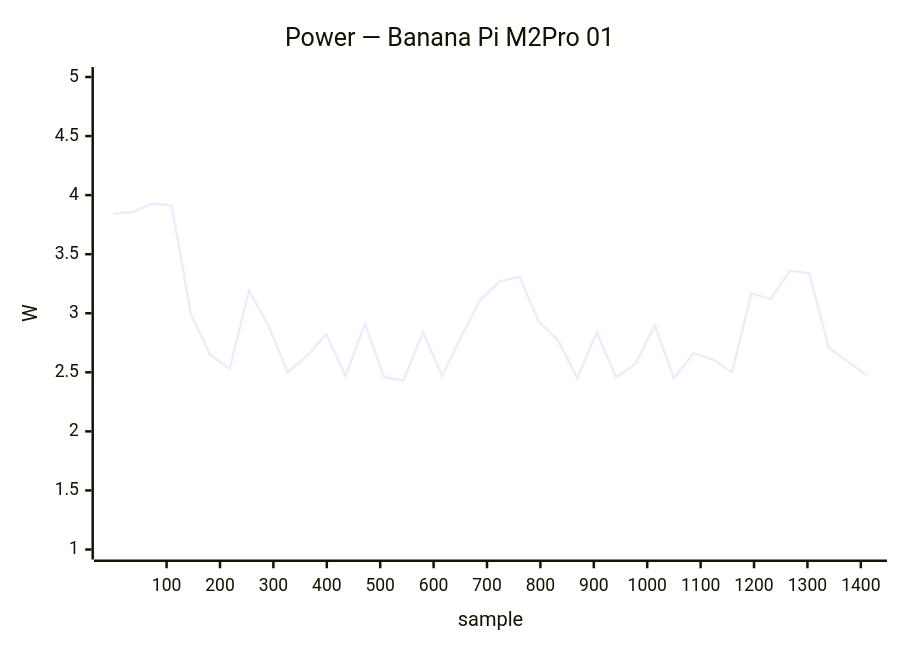
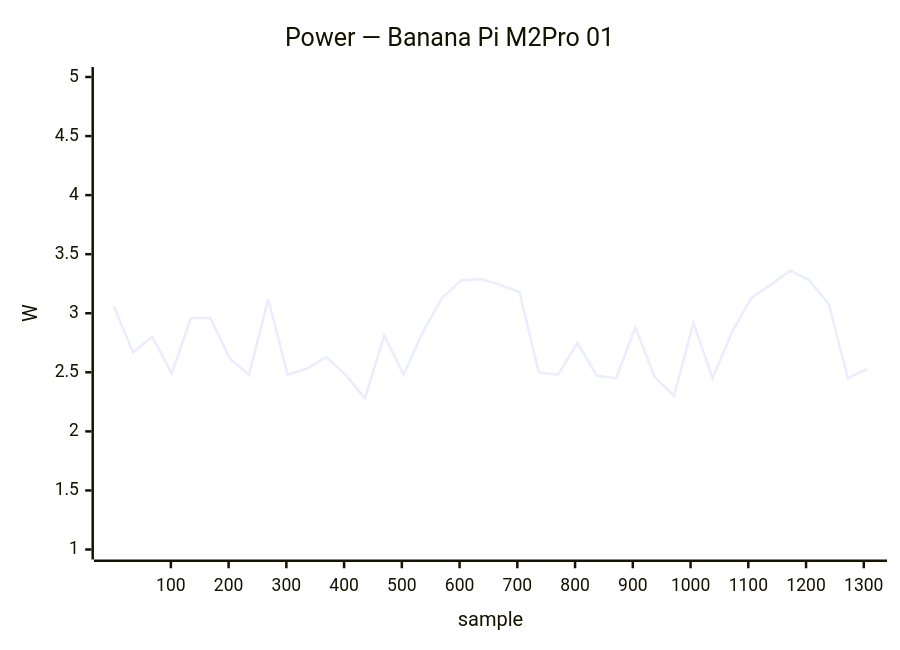
The ninth of 34 diagrams in docs/status/board-tests.md (armbian/documentation), drawn with Mermaid before and after one commit. The commit also changed other lines of this file, not shown here.

````diff
--- a/docs/status/board-tests.md
+++ b/docs/status/board-tests.md
@@ -1021,7 +402,7 @@
 ```mermaid
 xychart-beta
     title "Power — Banana Pi M2Pro 01"
-    x-axis "sample" 1 --> 1412
+    x-axis "sample" 1 --> 1306
     y-axis "W" 1.0 --> 5.0
-    line [3.84, 3.86, 3.93, 3.91, 2.99, 2.65, 2.53, 3.19, 2.90, 2.50, 2.64, 2.82, 2.47, 2.91, 2.46, 2.43, 2.84, 2.47, 2.81, 3.12, 3.27, 3.31, 2.93, 2.77, 2.45, 2.84, 2.46, 2.57, 2.90, 2.45, 2.66, 2.61, 2.50, 3.17, 3.12, 3.36, 3.34, 2.71, 2.59, 2.47]
+    line [3.06, 2.67, 2.80, 2.49, 2.96, 2.96, 2.62, 2.48, 3.12, 2.48, 2.53, 2.63, 2.48, 2.28, 2.81, 2.48, 2.84, 3.13, 3.28, 3.29, 3.24, 3.18, 2.50, 2.48, 2.75, 2.47, 2.45, 2.88, 2.46, 2.30, 2.92, 2.45, 2.84, 3.13, 3.24, 3.36, 3.28, 3.08, 2.45, 2.53]
 ```
````
